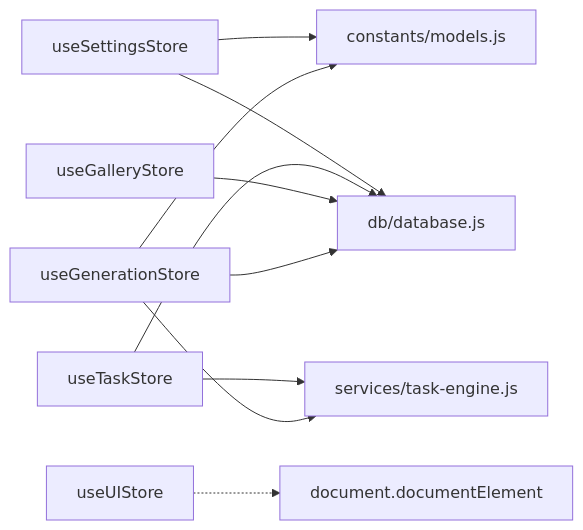
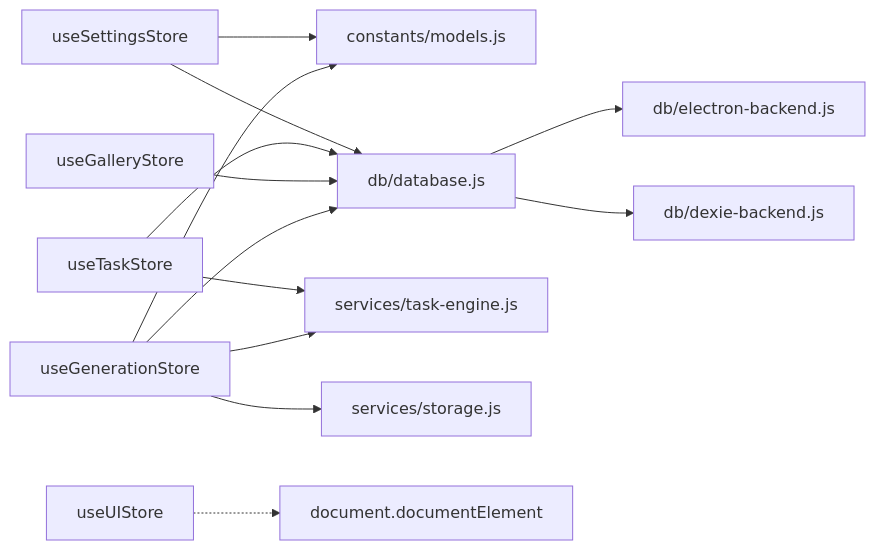
Diagram 14 of 14 in .qoder/repowiki/zh/content/架构设计/数据流设计/Zustand 状态管理/Zustand 状态管理.md (AlbusWei/AI-Image-Studio), drawn with Mermaid before and after one commit. The commit also changed other lines of this file and 37 other files, not shown here.

````diff
--- a/.qoder/repowiki/zh/content/架构设计/数据流设计/Zustand 状态管理/Zustand 状态管理.md
+++ b/.qoder/repowiki/zh/content/架构设计/数据流设计/Zustand 状态管理/Zustand 状态管理.md
@@ -508,12 +677,15 @@
 ```mermaid
 graph LR
 GEN["useGenerationStore"] --> MODELS["constants/models.js"]
 GEN --> DB["db/database.js"]
 GEN --> TE["services/task-engine.js"]
+GEN --> STORAGE["services/storage.js"]
 GALL["useGalleryStore"] --> DB
 TASK["useTaskStore"] --> DB
 TASK --> TE
 SETTING["useSettingsStore"] --> DB
 SETTING --> MODELS
 UI["useUIStore"] -.-> DOM["document.documentElement"]
+DB --> EB["db/electron-backend.js"]
+DB --> DBX["db/dexie-backend.js"]
 ```
````
